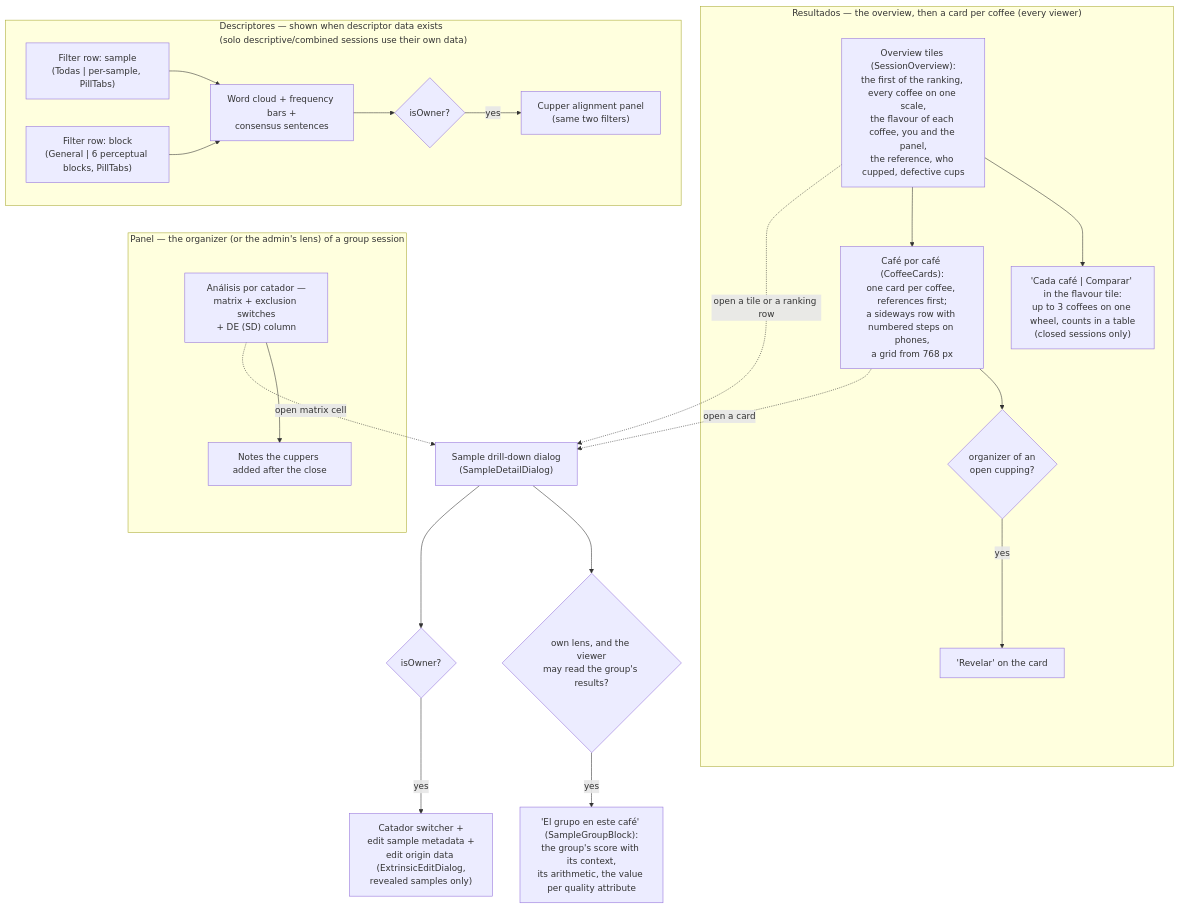
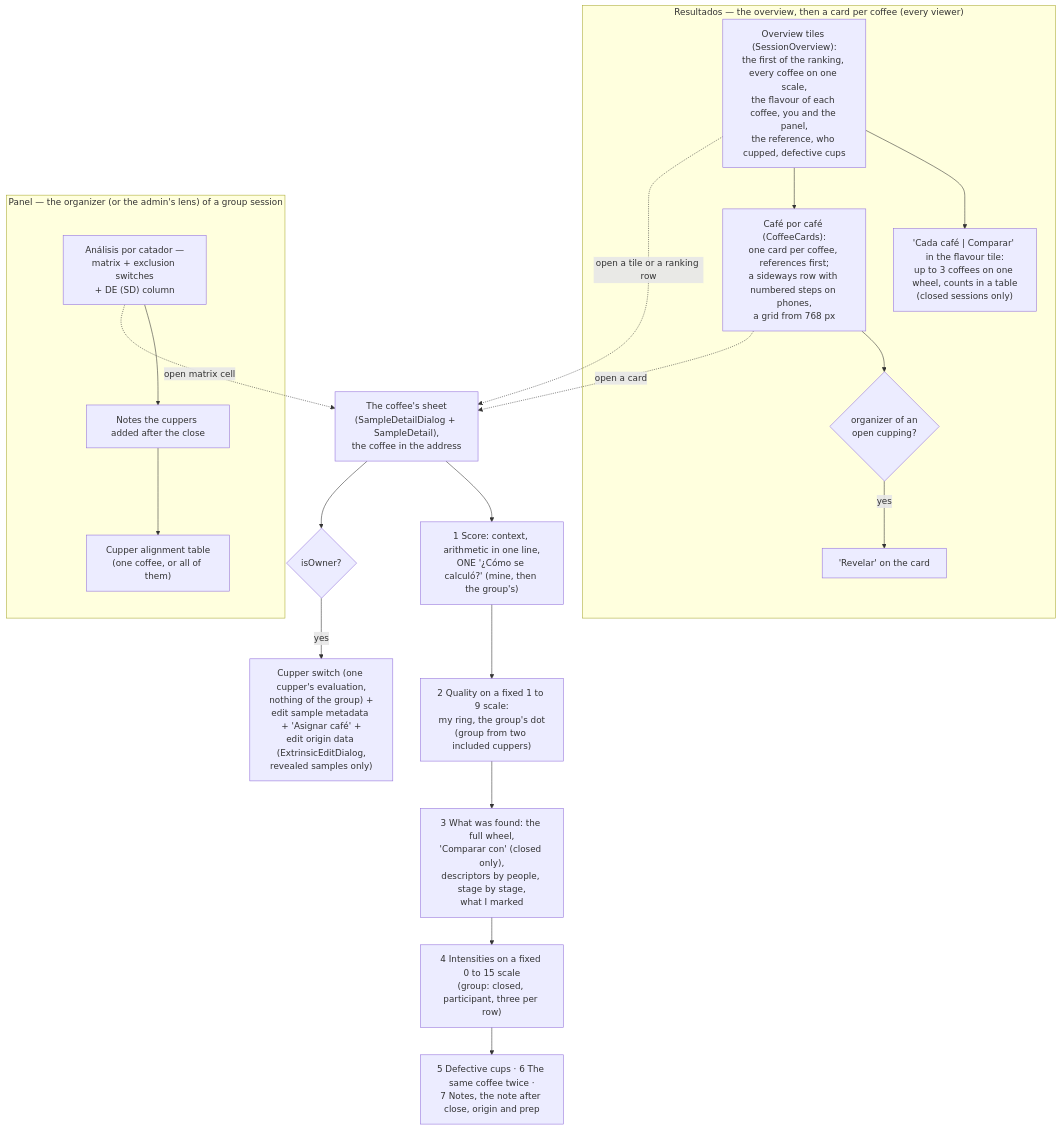
Before and after one commit to ricardovelezd27/cata-cafe: diagram 16 of 22 in docs/flows.md, drawn with Mermaid. The commit also changed other lines of this file and 28 other files, not shown here.

````diff
--- a/docs/flows.md
+++ b/docs/flows.md
@@ -1195,42 +1201,35 @@
 ```mermaid
 flowchart TD
     subgraph T1 ["Resultados — the overview, then a card per coffee (every viewer)"]
         R1["Overview tiles (SessionOverview):\nthe first of the ranking, every coffee on one scale,\nthe flavour of each coffee, you and the panel,\nthe reference, who cupped, defective cups"]
         R1b["'Cada café | Comparar' in the flavour tile:\nup to 3 coffees on one wheel, counts in a table\n(closed sessions only)"]
         R2["Café por café (CoffeeCards):\none card per coffee, references first;\na sideways row with numbered steps on phones,\na grid from 768 px"]
         R2o{"organizer of an\nopen cupping?"}
         R2r["'Revelar' on the card"]
         R1 --> R1b
         R1 --> R2
         R2 --> R2o
         R2o -- yes --> R2r
     end
 
     subgraph T2 ["Panel — the organizer (or the admin's lens) of a group session"]
         S3["Análisis por catador —\nmatrix + exclusion switches\n+ DE (SD) column"]
         S4["Notes the cuppers added after the close"]
+        S5["Cupper alignment table\n(one coffee, or all of them)"]
         S3 --> S4
-    end
-
-    subgraph T3 ["Descriptores — shown when descriptor data exists\n(solo descriptive/combined sessions use their own data)"]
-        D1["Filter row: sample\n(Todas | per-sample, PillTabs)"]
-        D2["Filter row: block\n(General | 6 perceptual blocks, PillTabs)"]
-        D3["Word cloud + frequency bars +\nconsensus sentences"]
-        D4{"isOwner?"}
-        D5["Cupper alignment panel\n(same two filters)"]
-        D1 --> D3
-        D2 --> D3
-        D3 --> D4
-        D4 -- yes --> D5
+        S4 --> S5
     end
 
     R1 -.->|open a tile or a ranking row| DET
     R2 -.->|open a card| DET
     S3 -.->|open matrix cell| DET
 
-    DET["Sample drill-down dialog\n(SampleDetailDialog)"]
-    DET --> DETG{"own lens, and the viewer\nmay read the group's results?"}
-    DETG -- yes --> DETGB["'El grupo en este café' (SampleGroupBlock):\nthe group's score with its context,\nits arithmetic, the value per quality attribute"]
+    DET["The coffee's sheet\n(SampleDetailDialog + SampleDetail),\nthe coffee in the address"]
+    DET --> SH1["1 Score: context, arithmetic in one line,\nONE '¿Cómo se calculó?' (mine, then the group's)"]
+    SH1 --> SH2["2 Quality on a fixed 1 to 9 scale:\nmy ring, the group's dot\n(group from two included cuppers)"]
+    SH2 --> SH3["3 What was found: the full wheel,\n'Comparar con' (closed only),\ndescriptors by people, stage by stage,\nwhat I marked"]
+    SH3 --> SH4["4 Intensities on a fixed 0 to 15 scale\n(group: closed, participant, three per row)"]
+    SH4 --> SH5["5 Defective cups · 6 The same coffee twice ·\n7 Notes, the note after close, origin and prep"]
     DET --> DETOWNER{"isOwner?"}
-    DETOWNER -- yes --> DETX["Catador switcher +\nedit sample metadata +\nedit origin data (ExtrinsicEditDialog,\nrevealed samples only)"]
+    DETOWNER -- yes --> DETX["Cupper switch (one cupper's evaluation,\nnothing of the group) +\nedit sample metadata + 'Asignar café' +\nedit origin data (ExtrinsicEditDialog,\nrevealed samples only)"]
 ```
````
